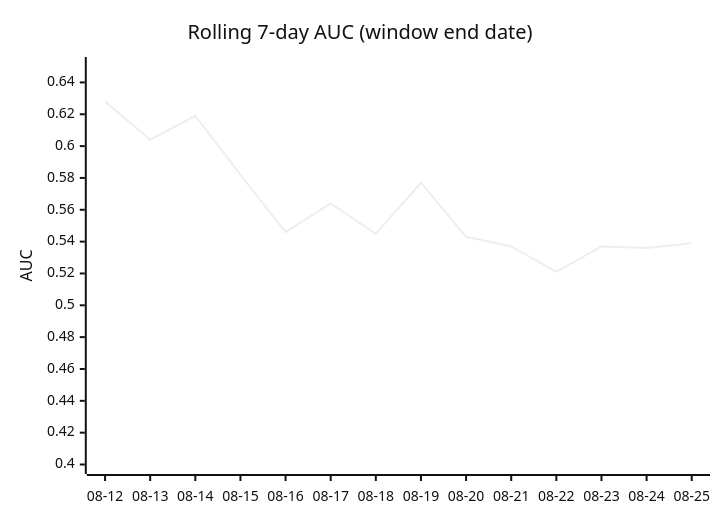
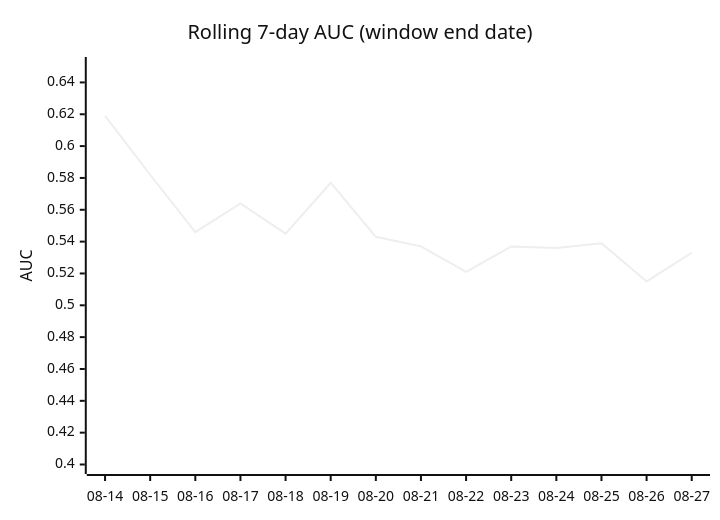
One commit to dpk1212/nhl-savant changed the third of 4 diagrams in DAILY_AGSU_REPORT.md. Above: the diagram before and after it, drawn with Mermaid (neutral theme). The commit also changed other lines of this file, not shown here.

````diff
--- a/DAILY_AGSU_REPORT.md
+++ b/DAILY_AGSU_REPORT.md
@@ -837,7 +832,7 @@
 ```mermaid
 xychart-beta
     title "Rolling 7-day AUC (window end date)"
-    x-axis ["08-12", "08-13", "08-14", "08-15", "08-16", "08-17", "08-18", "08-19", "08-20", "08-21", "08-22", "08-23", "08-24", "08-25"]
+    x-axis ["08-14", "08-15", "08-16", "08-17", "08-18", "08-19", "08-20", "08-21", "08-22", "08-23", "08-24", "08-25", "08-26", "08-27"]
     y-axis "AUC" 0.4 --> 0.65
-    line [0.628, 0.604, 0.619, 0.582, 0.546, 0.564, 0.545, 0.577, 0.543, 0.537, 0.521, 0.537, 0.536, 0.539]
+    line [0.619, 0.582, 0.546, 0.564, 0.545, 0.577, 0.543, 0.537, 0.521, 0.537, 0.536, 0.539, 0.515, 0.533]
 ```
````
